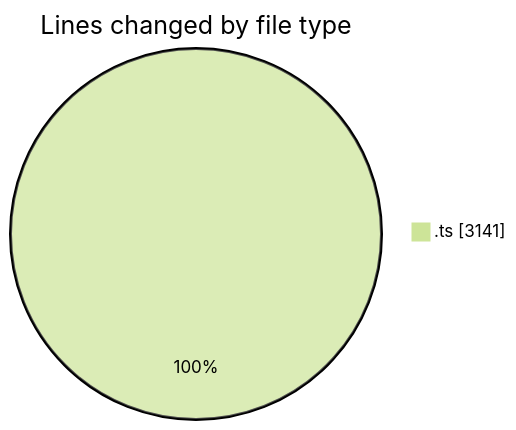
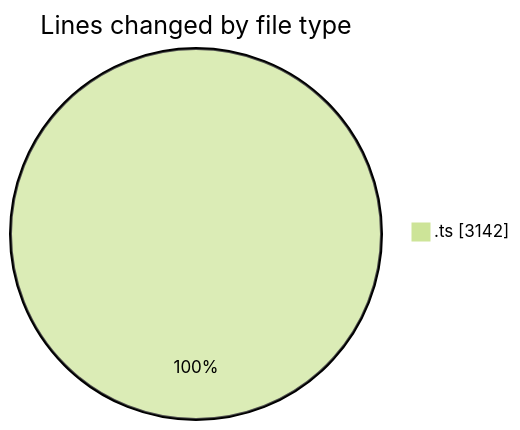
The first of 2 diagrams in 2025-06-27/cda/README.md (momahboobian/code-tracking), drawn with Mermaid (forest theme) before and after one commit. The commit also changed other lines of this file and 1 other file, not shown here.

````diff
--- a/2025-06-27/cda/README.md
+++ b/2025-06-27/cda/README.md
@@ -26,5 +26,5 @@
 ```mermaid
 pie showData
 title Lines changed by file type
-".ts" : 3141
+".ts" : 3142
 ```
````
